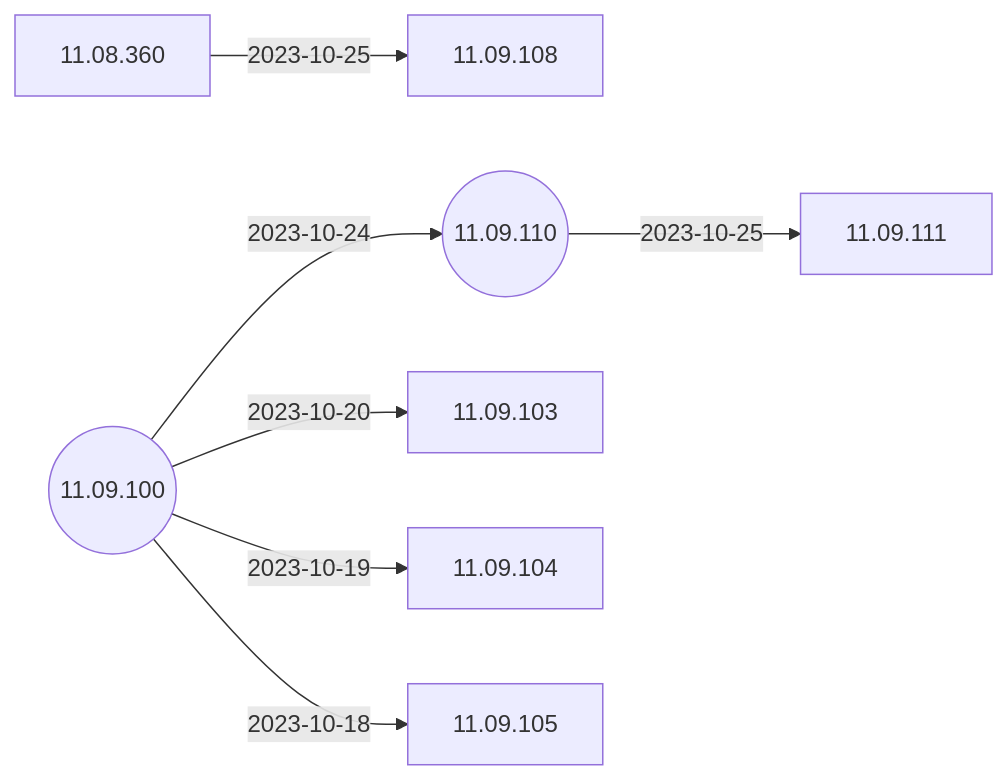
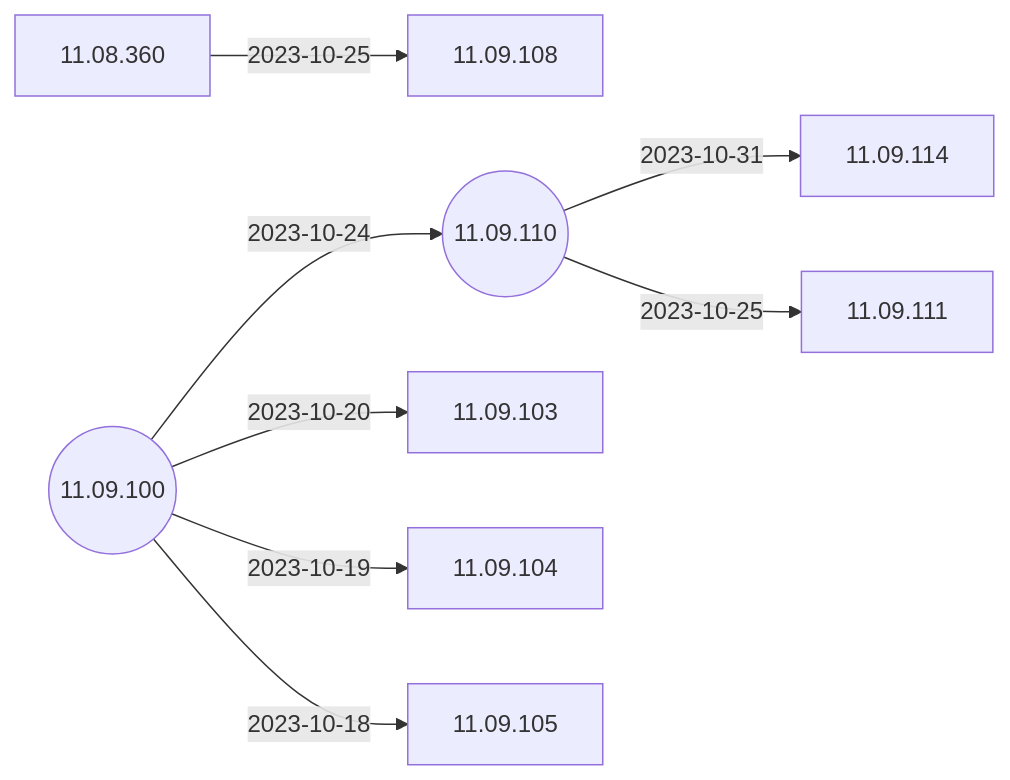
One commit to IGEL-Community/IGEL-Docs-v02 changed the second of 5 diagrams in docs/Docs/ReleaseNotes/01-OS11/README.md. Above: the diagram before and after it, drawn with Mermaid. The commit also changed 2 other files, not shown here.

Commit message:
11.09.114 < 11.09.110

````diff
--- a/docs/Docs/ReleaseNotes/01-OS11/README.md
+++ b/docs/Docs/ReleaseNotes/01-OS11/README.md
@@ -41,17 +41,19 @@
 ```mermaid
 flowchart LR
+    11.09.110-- 2023-10-31 -->11.09.114
     11.08.360-- 2023-10-25 -->11.09.108
     11.09.110-- 2023-10-25 -->11.09.111
     11.09.100-- 2023-10-24 -->11.09.110((11.09.110))
     11.09.100-- 2023-10-20 -->11.09.103
     11.09.100-- 2023-10-19 -->11.09.104
     11.09.100-- 2023-10-18 -->11.09.105
     11.09.100((11.09.100))
+    click 11.09.114 "https://github.com/IGEL-Community/IGEL-Docs-v02/tree/main/docs/Docs/ReleaseNotes/01-OS11/readme11.09.114.txt" _blank
     click 11.09.108 "https://github.com/IGEL-Community/IGEL-Docs-v02/tree/main/docs/Docs/ReleaseNotes/01-OS11/readme11.09.108.txt" _blank
     click 11.09.111 "https://github.com/IGEL-Community/IGEL-Docs-v02/tree/main/docs/Docs/ReleaseNotes/01-OS11/readme11.09.111.txt" _blank
     click 11.09.110 "https://github.com/IGEL-Community/IGEL-Docs-v02/tree/main/docs/Docs/ReleaseNotes/01-OS11/readme11.09.110.txt" _blank
     click 11.09.103 "https://github.com/IGEL-Community/IGEL-Docs-v02/tree/main/docs/Docs/ReleaseNotes/01-OS11/readme11.09.103.txt" _blank
     click 11.09.104 "https://github.com/IGEL-Community/IGEL-Docs-v02/tree/main/docs/Docs/ReleaseNotes/01-OS11/readme11.09.104.txt" _blank
     click 11.09.105 "https://github.com/IGEL-Community/IGEL-Docs-v02/tree/main/docs/Docs/ReleaseNotes/01-OS11/readme11.09.105.txt" _blank
     click 11.09.100 "https://github.com/IGEL-Community/IGEL-Docs-v02/tree/main/docs/Docs/ReleaseNotes/01-OS11/readme11.09.100.txt" _blank
 ```
````
